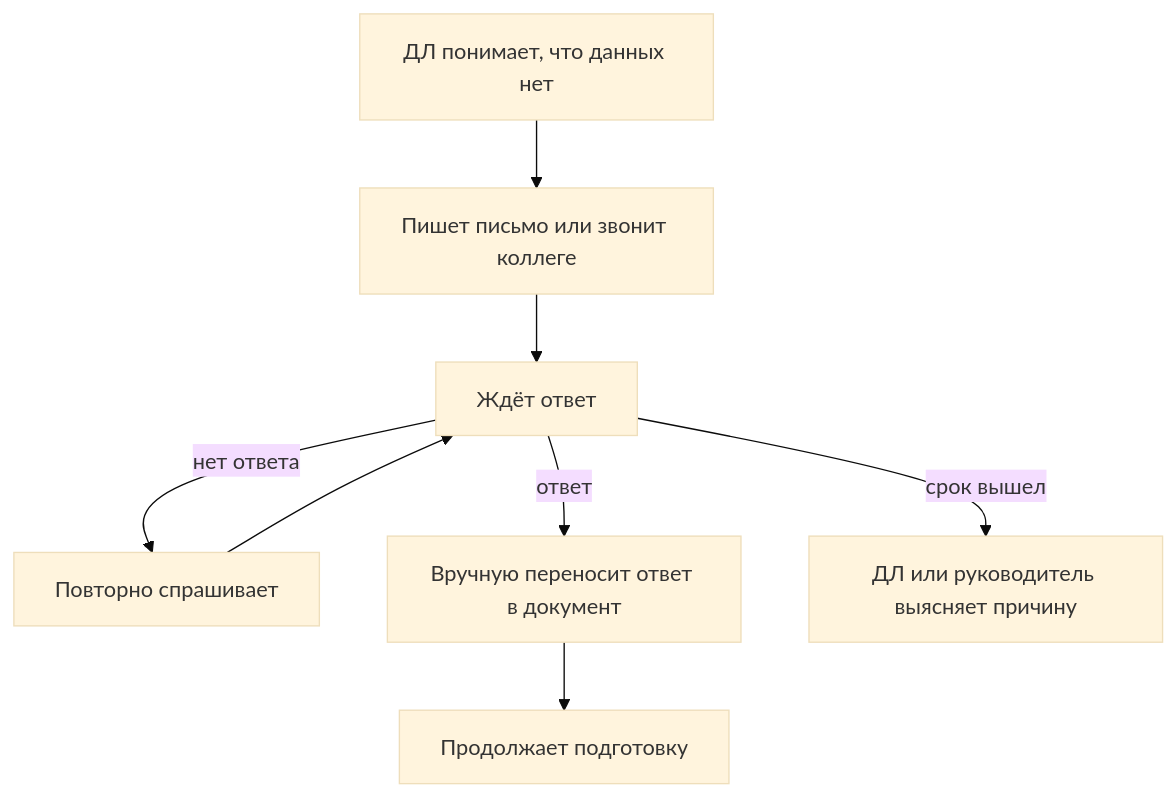
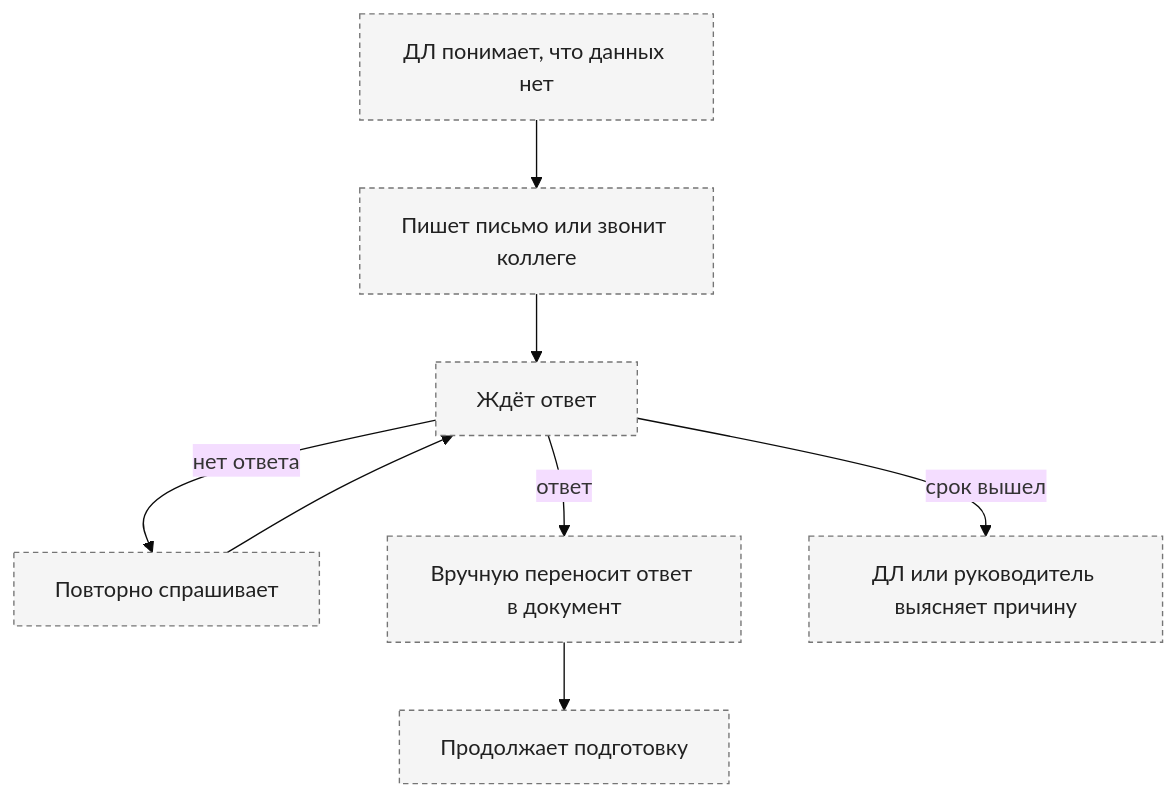
Before and after one commit to igorvolk1961/ai_scrivener: the fifth of 16 diagrams in docs/process-diagrams.md, drawn with Mermaid (base theme). The commit also changed other lines of this file and 16 other files, not shown here.

First line of the commit message:
Reorganize docs, add C4 model and color process diagrams

````diff
--- a/docs/process-diagrams.md
+++ b/docs/process-diagrams.md
@@ -169,10 +221,12 @@
 ```mermaid
 flowchart TD
   A["ДЛ понимает, что данных нет"] --> B["Пишет письмо или звонит коллеге"]
   B --> C["Ждёт ответ"]
   C -->|"нет ответа"| D["Повторно спрашивает"]
   D --> C
   C -->|"ответ"| E["Вручную переносит ответ в документ"]
   E --> F["Продолжает подготовку"]
   C -->|"срок вышел"| G["ДЛ или руководитель выясняет причину"]
+  classDef manual fill:#F5F5F5,stroke:#757575,color:#212121,stroke-dasharray: 4 3
+  class A,B,C,D,E,F,G manual
 ```
````
